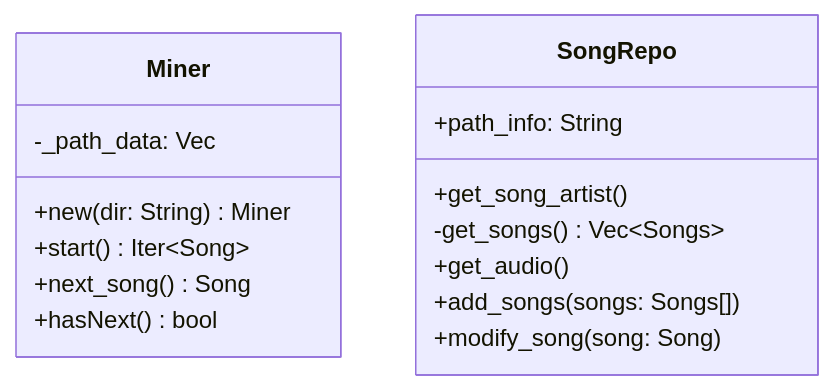
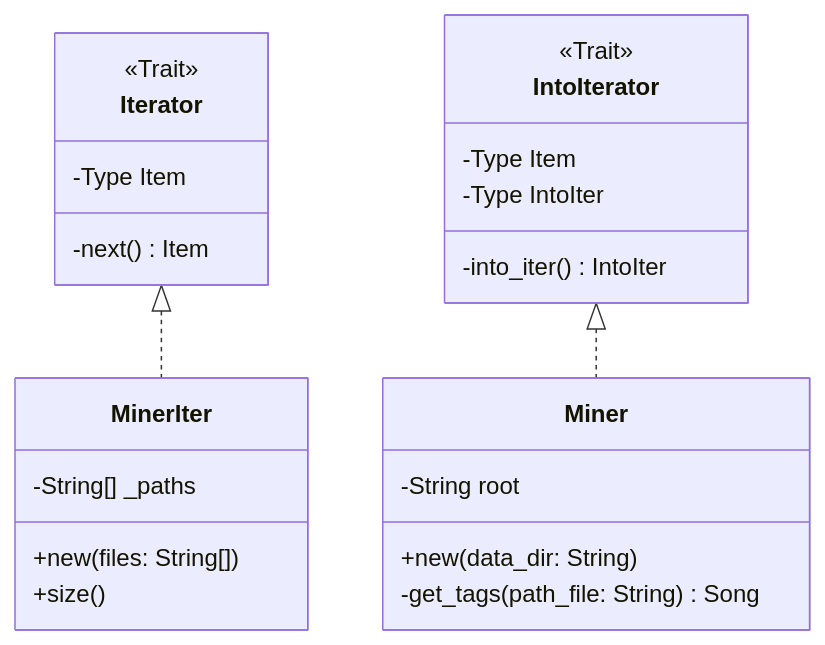
The third of 3 diagrams in doc/DESIGN.md (hdvvaldes/MP3Interface), drawn with Mermaid before and after one commit.

Commit message:
uml: miner uml

````diff
--- a/doc/DESIGN.md
+++ b/doc/DESIGN.md
@@ -68,18 +68,30 @@
 ```mermaid
 classDiagram
-    class Miner {
-        -_path_data: Vec<String>
-        +new(dir: String) Miner
-        +start() Iter~Song~
-        +next_song() Song
-        +hasNext() bool
+    Iterator <|.. MinerIter
+    IntoIterator <|.. Miner
+
+    class Miner~Song~ {
+        -String root
+        +new(data_dir: String)
+        -get_tags(path_file: String) Song
     }
-    class SongRepo {
-        +path_info: String
-        +get_song_artist()
-        -get_songs() Vec~Songs~
-        +get_audio()
-        +add_songs(songs: Songs[])
-        +modify_song(song: Song)
+
+    class IntoIterator{
+        <<Trait>>
+        -Type Item 
+        -Type IntoIter
+        -into_iter() IntoIter
+    }
+
+    class MinerIter~Result~ {
+        -String[] _paths
+        +new(files: String[])
+        +size()
+    }
+    
+    class Iterator {
+        <<Trait>>  
+        -Type Item
+        -next() Item
     }
 ```
````
